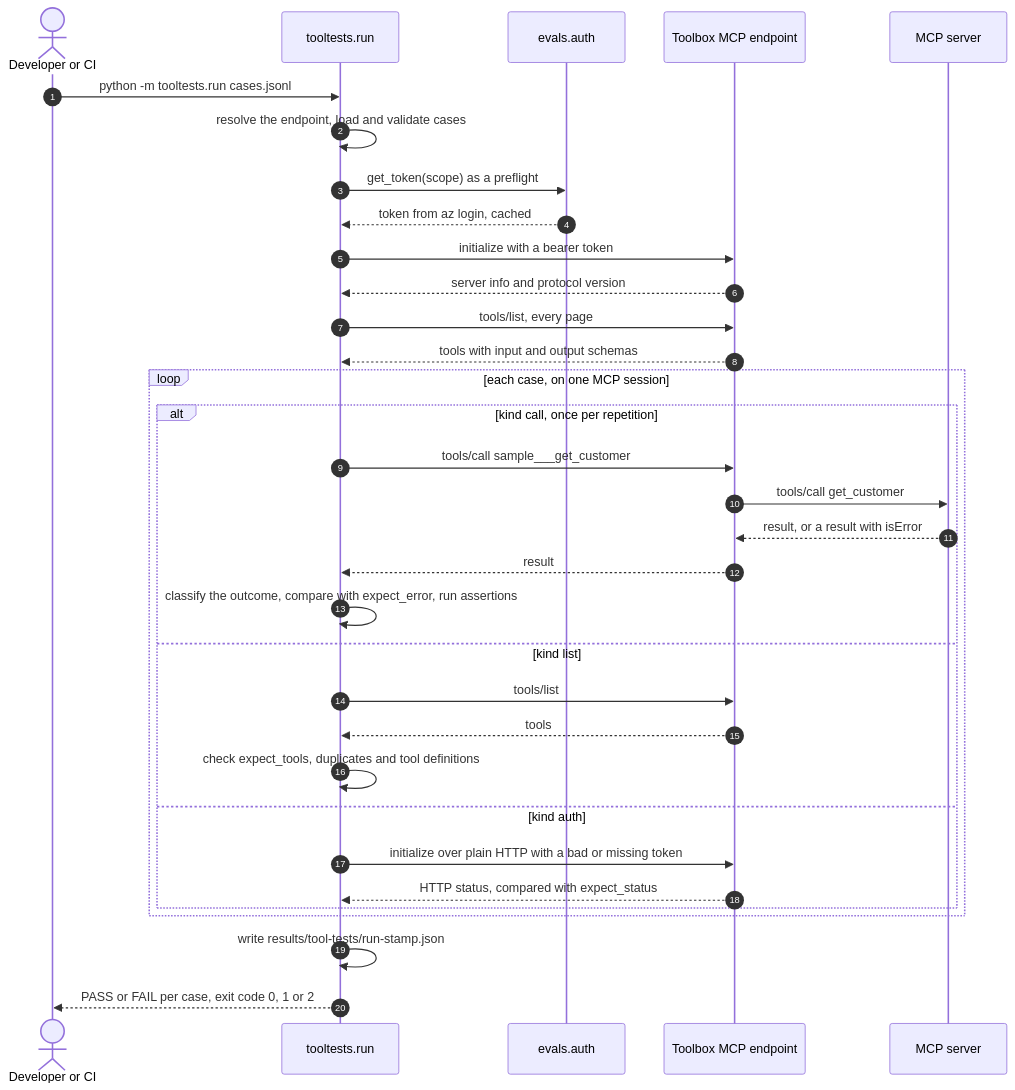
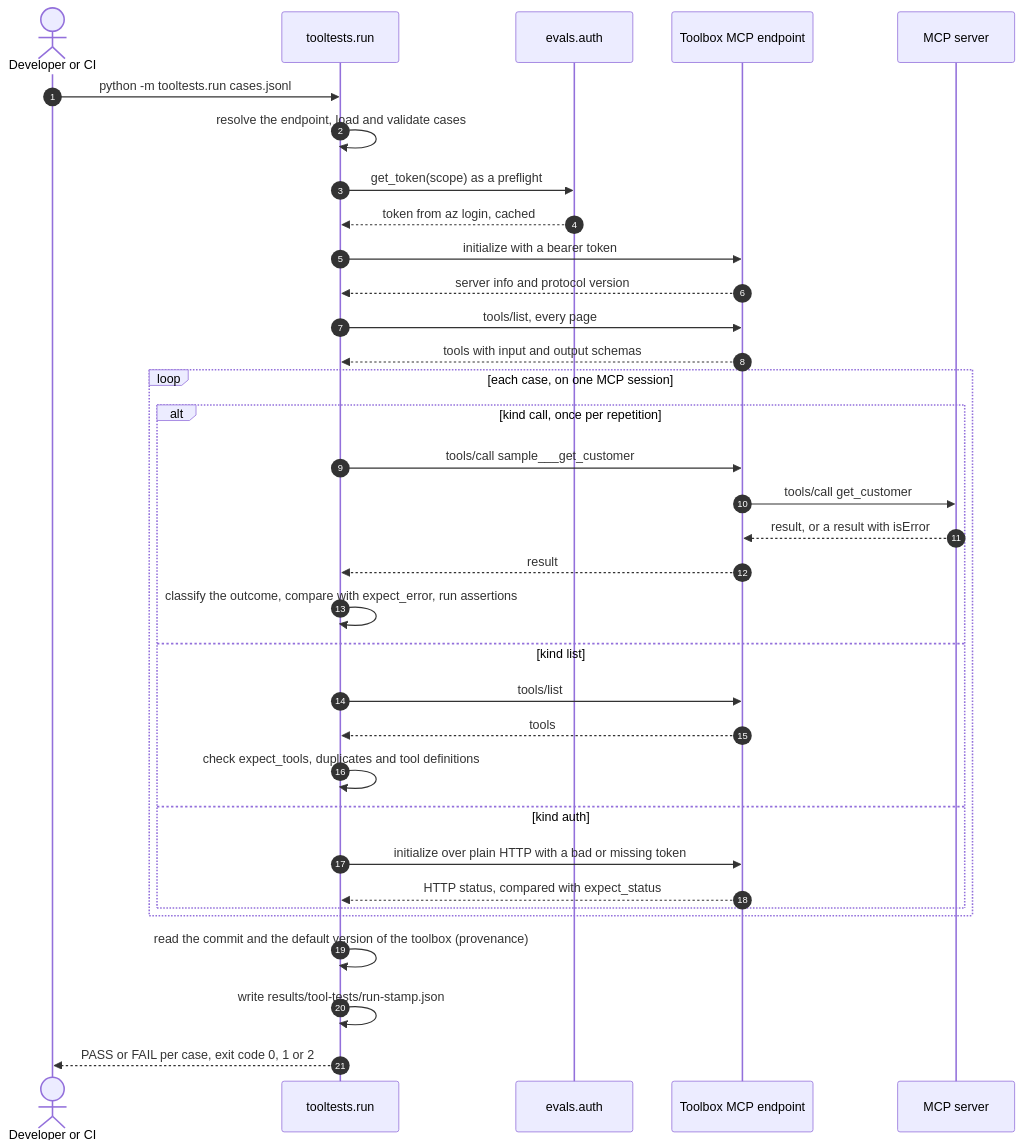
One commit to bradrlaw/foundryToolboxEval changed the sixth of 17 diagrams in docs/architecture.md. Above: the diagram before and after it, drawn with Mermaid. The commit also changed other lines of this file and 13 other files, not shown here.

````diff
--- a/docs/architecture.md
+++ b/docs/architecture.md
@@ -300,35 +330,36 @@
 ```mermaid
 sequenceDiagram
     autonumber
     actor U as Developer or CI
     participant R as tooltests.run
     participant A as evals.auth
     participant TB as Toolbox MCP endpoint
     participant S as MCP server
     U->>R: python -m tooltests.run cases.jsonl
     R->>R: resolve the endpoint, load and validate cases
     R->>A: get_token(scope) as a preflight
     A-->>R: token from az login, cached
     R->>TB: initialize with a bearer token
     TB-->>R: server info and protocol version
     R->>TB: tools/list, every page
     TB-->>R: tools with input and output schemas
     loop each case, on one MCP session
         alt kind call, once per repetition
             R->>TB: tools/call sample___get_customer
             TB->>S: tools/call get_customer
             S-->>TB: result, or a result with isError
             TB-->>R: result
             R->>R: classify the outcome, compare with expect_error, run assertions
         else kind list
             R->>TB: tools/list
             TB-->>R: tools
             R->>R: check expect_tools, duplicates and tool definitions
         else kind auth
             R->>TB: initialize over plain HTTP with a bad or missing token
             TB-->>R: HTTP status, compared with expect_status
         end
     end
+    R->>R: read the commit and the default version of the toolbox (provenance)
     R->>R: write results/tool-tests/run-stamp.json
     R-->>U: PASS or FAIL per case, exit code 0, 1 or 2
 ```
````
